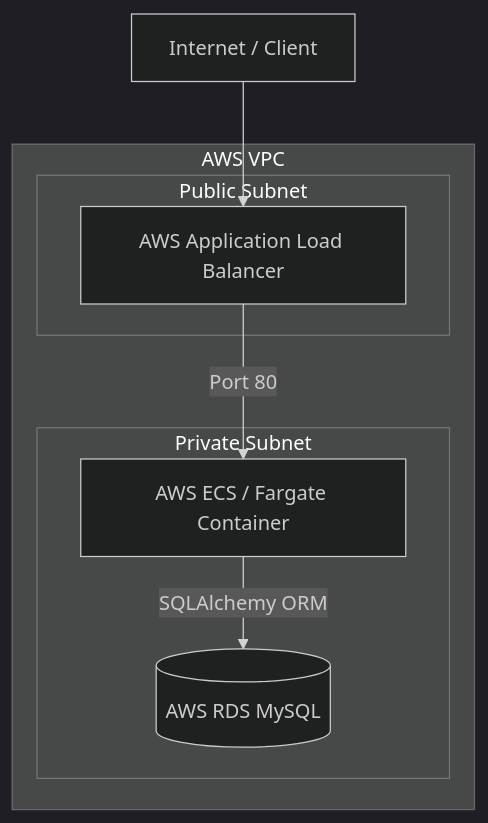
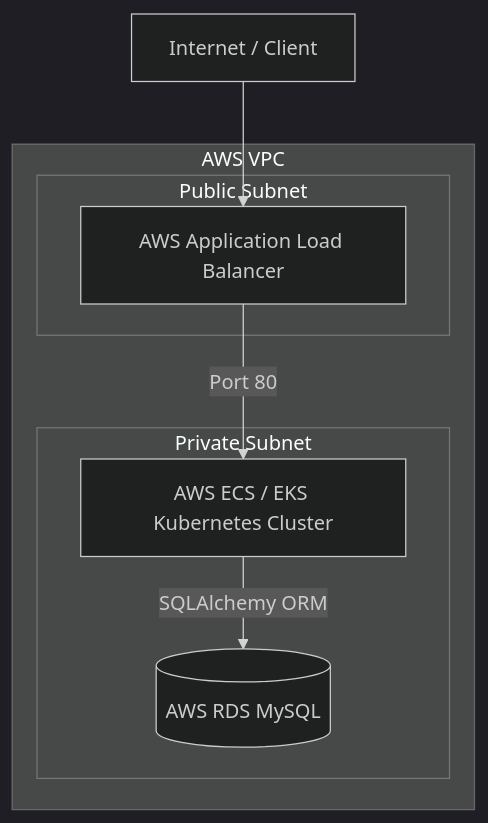
Before and after one commit to alextwtp/inventory-db-aws-gcp-tf-k8: the second of 2 diagrams in README.md, drawn with Mermaid (dark theme). The commit also changed other lines of this file and 11 other files, not shown here.

````diff
--- a/README.md
+++ b/README.md
@@ -73,19 +76,18 @@
 ```mermaid
 graph TD
     User[Internet / Client] --> ALB[AWS Application Load Balancer]
     
     subgraph VPC [AWS VPC]
         subgraph PublicSubnet [Public Subnet]
             ALB
         end
         
         subgraph PrivateSubnet [Private Subnet]
-            ECS[AWS ECS / Fargate Container]
+            ECS[AWS ECS / EKS Kubernetes Cluster]
             RDS[(AWS RDS MySQL)]
         end
     end
 
     ALB -->|Port 80| ECS
     ECS -->|SQLAlchemy ORM| RDS
-
 ```
````
